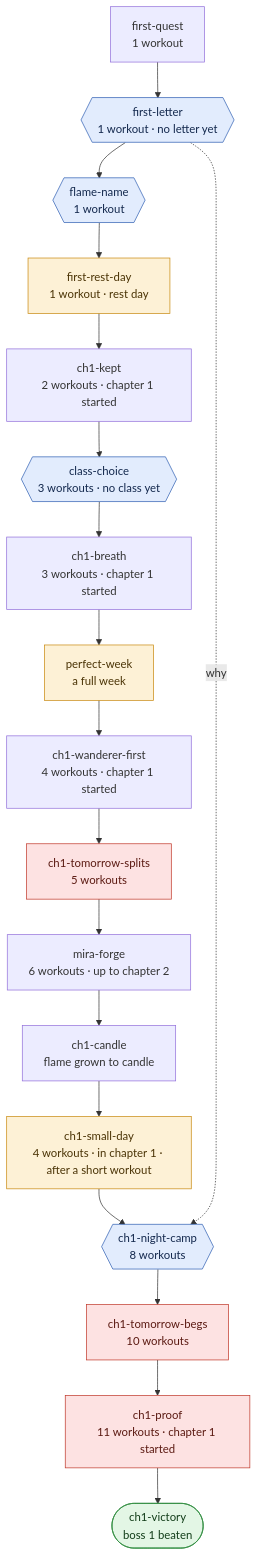
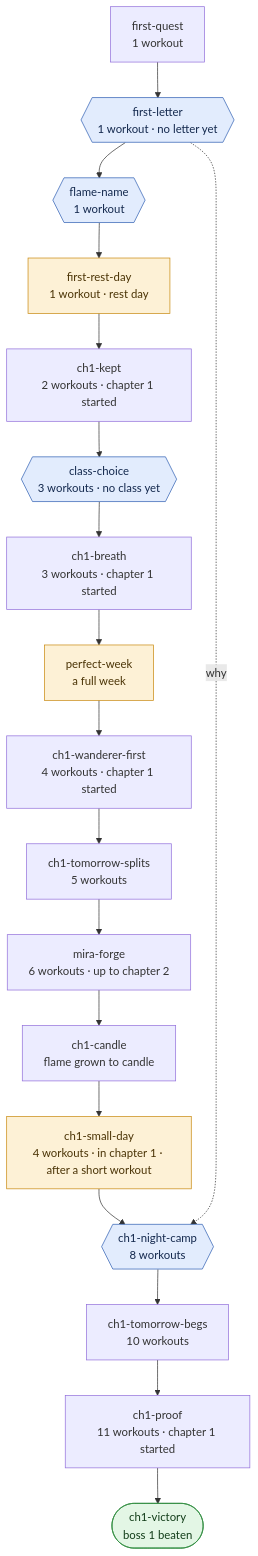
Before and after one commit to damicoedoardo/calisthenics-quest: diagram 12 of 17 in src/story/graph.md, drawn with Mermaid. The commit also changed other lines of this file and 14 other files, not shown here.

First line of the commit message:
Story catches up when a boss falls early, and the graph test holds it

````diff
--- a/src/story/graph.md
+++ b/src/story/graph.md
@@ -296,52 +231,49 @@
 ```mermaid
 flowchart TD
   first_quest["first-quest<br/>1 workout"]
   first_letter{{"first-letter<br/>1 workout · no letter yet"}}
   flame_name{{"flame-name<br/>1 workout"}}
   first_rest_day["first-rest-day<br/>1 workout · rest day"]
   ch1_kept["ch1-kept<br/>2 workouts · chapter 1 started"]
   class_choice{{"class-choice<br/>3 workouts · no class yet"}}
   ch1_breath["ch1-breath<br/>3 workouts · chapter 1 started"]
   perfect_week["perfect-week<br/>a full week"]
   ch1_wanderer_first["ch1-wanderer-first<br/>4 workouts · chapter 1 started"]
   ch1_tomorrow_splits["ch1-tomorrow-splits<br/>5 workouts"]
   mira_forge["mira-forge<br/>6 workouts · up to chapter 2"]
   ch1_candle["ch1-candle<br/>flame grown to candle"]
   ch1_small_day["ch1-small-day<br/>4 workouts · in chapter 1 · after a short workout"]
   ch1_night_camp{{"ch1-night-camp<br/>8 workouts"}}
   ch1_tomorrow_begs["ch1-tomorrow-begs<br/>10 workouts"]
   ch1_proof["ch1-proof<br/>11 workouts · chapter 1 started"]
   ch1_victory(["ch1-victory<br/>boss 1 beaten"])
   first_quest --> first_letter
   first_letter --> flame_name
   flame_name --> first_rest_day
   first_rest_day --> ch1_kept
   ch1_kept --> class_choice
   class_choice --> ch1_breath
   ch1_breath --> perfect_week
   perfect_week --> ch1_wanderer_first
   ch1_wanderer_first --> ch1_tomorrow_splits
   ch1_tomorrow_splits --> mira_forge
   mira_forge --> ch1_candle
   ch1_candle --> ch1_small_day
   ch1_small_day --> ch1_night_camp
   ch1_night_camp --> ch1_tomorrow_begs
   ch1_tomorrow_begs --> ch1_proof
   ch1_proof --> ch1_victory
   first_letter -.->|"why"| ch1_night_camp
   classDef lost fill:#fde2e2,stroke:#c0392b,color:#5b1a12
   classDef only fill:#fdf1d6,stroke:#c98a10,color:#4a3305
   classDef ask fill:#e2ecfd,stroke:#2f5fb3,color:#13284d
   classDef done fill:#e3f6e5,stroke:#2e8b3e,color:#123d19
   class first_letter ask
   class flame_name ask
   class class_choice ask
   class first_rest_day only
-  class ch1_tomorrow_splits lost
   class perfect_week only
   class ch1_small_day only
   class ch1_night_camp ask
-  class ch1_tomorrow_begs lost
-  class ch1_proof lost
   class ch1_victory done
 ```
````
